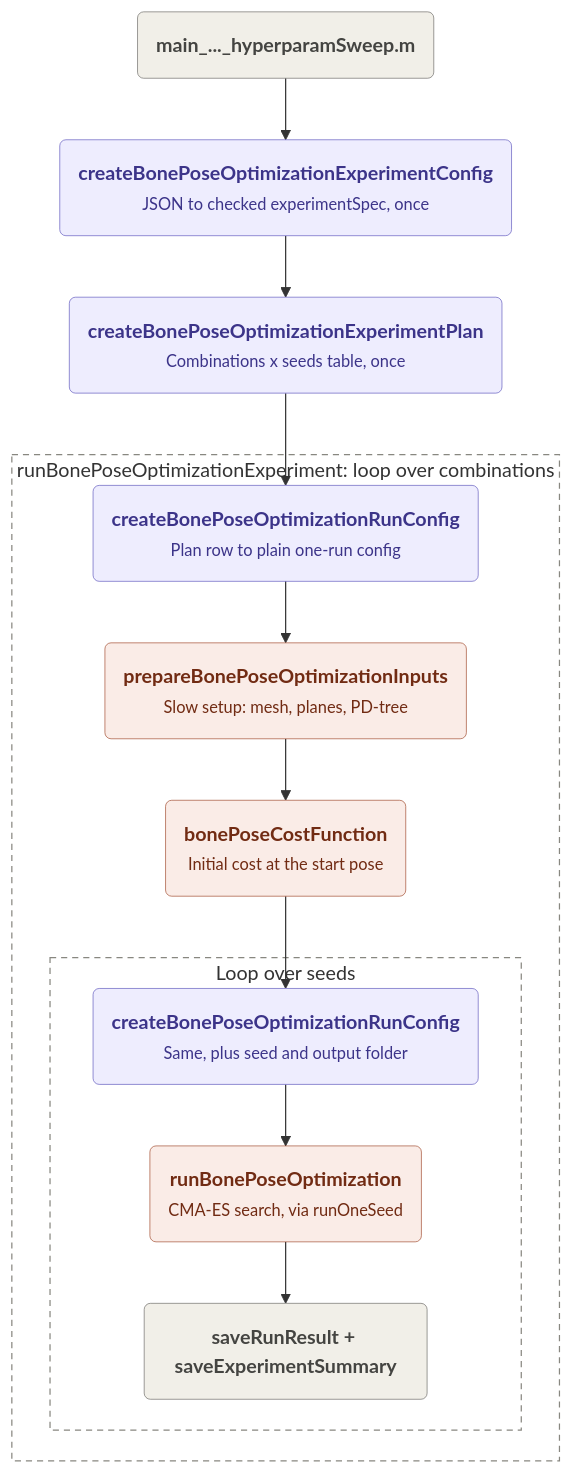
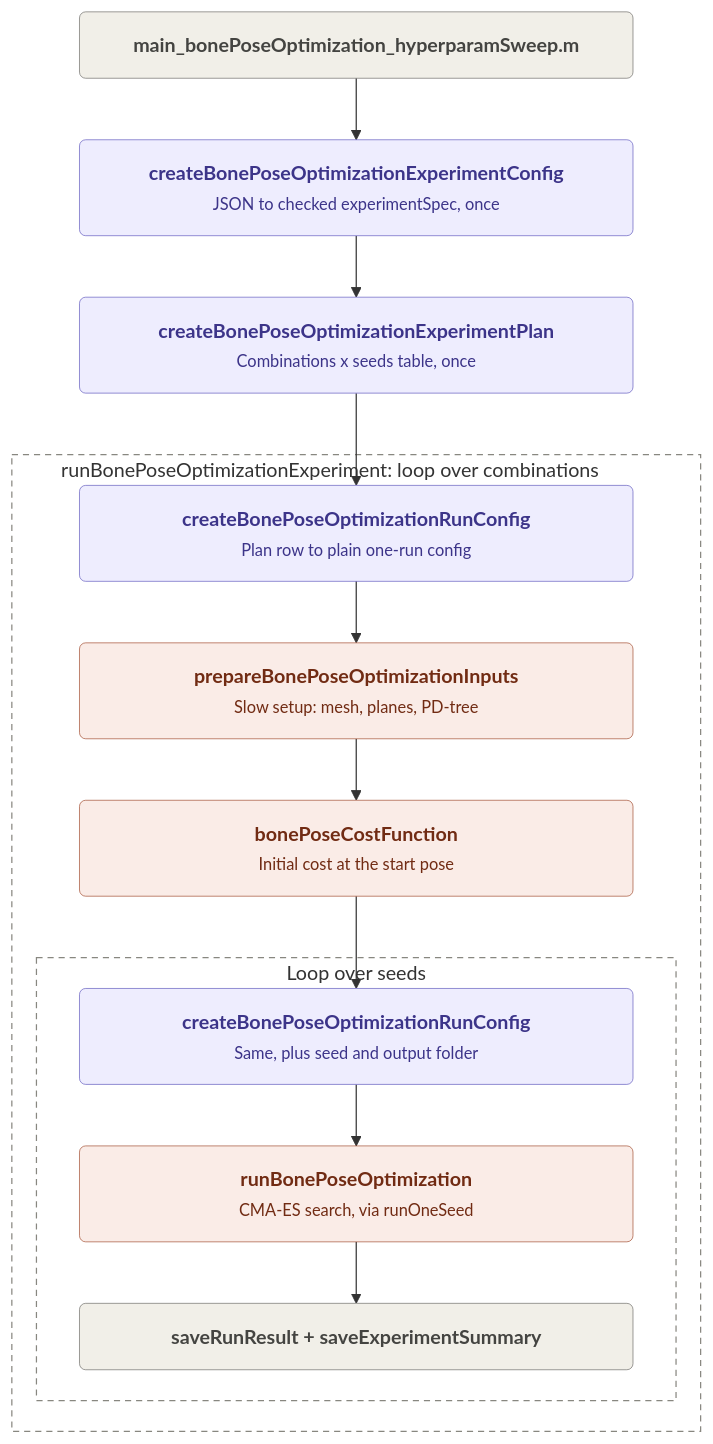
The first of 2 diagrams in docs/workflow.md (dacvm/UltrasoundBased2D3DBonePoseEstimation), drawn with Mermaid before and after one commit. The commit also changed other lines of this file, not shown here.

Commit message:
Widen the boxes in the workflow diagrams
Wrap each Mermaid label in a fixed-width span so the boxes are wide and
even, and the outer loop title is no longer cut off. Also spell out the
full sweep script name in the top box.

````diff
--- a/docs/workflow.md
+++ b/docs/workflow.md
@@ -13,26 +13,26 @@
 ```mermaid
 flowchart TD
     classDef config  fill:#EEEDFE,stroke:#534AB7,color:#3C3489,stroke-width:0.5px
     classDef compute fill:#FAECE7,stroke:#993C1D,color:#712B13,stroke-width:0.5px
     classDef book    fill:#F1EFE8,stroke:#5F5E5A,color:#444441,stroke-width:0.5px
 
-    A("<b>main_..._hyperparamSweep.m</b>"):::book
-    B("<b>createBonePoseOptimizationExperimentConfig</b><br/><small>JSON to checked experimentSpec, once</small>"):::config
-    C("<b>createBonePoseOptimizationExperimentPlan</b><br/><small>Combinations x seeds table, once</small>"):::config
+    A("<span style='display:inline-block;width:420px'><b>main_bonePoseOptimization_hyperparamSweep.m</b></span>"):::book
+    B("<span style='display:inline-block;width:420px'><b>createBonePoseOptimizationExperimentConfig</b><br/><small>JSON to checked experimentSpec, once</small></span>"):::config
+    C("<span style='display:inline-block;width:420px'><b>createBonePoseOptimizationExperimentPlan</b><br/><small>Combinations x seeds table, once</small></span>"):::config
 
-    subgraph combos ["runBonePoseOptimizationExperiment: loop over combinations"]
-        E("<b>createBonePoseOptimizationRunConfig</b><br/><small>Plan row to plain one-run config</small>"):::config
-        F("<b>prepareBonePoseOptimizationInputs</b><br/><small>Slow setup: mesh, planes, PD-tree</small>"):::compute
-        G("<b>bonePoseCostFunction</b><br/><small>Initial cost at the start pose</small>"):::compute
+    subgraph combos ["<span style='display:inline-block;width:480px'>runBonePoseOptimizationExperiment: loop over combinations</span>"]
+        E("<span style='display:inline-block;width:420px'><b>createBonePoseOptimizationRunConfig</b><br/><small>Plan row to plain one-run config</small></span>"):::config
+        F("<span style='display:inline-block;width:420px'><b>prepareBonePoseOptimizationInputs</b><br/><small>Slow setup: mesh, planes, PD-tree</small></span>"):::compute
+        G("<span style='display:inline-block;width:420px'><b>bonePoseCostFunction</b><br/><small>Initial cost at the start pose</small></span>"):::compute
         subgraph seeds ["Loop over seeds"]
-            H("<b>createBonePoseOptimizationRunConfig</b><br/><small>Same, plus seed and output folder</small>"):::config
-            I("<b>runBonePoseOptimization</b><br/><small>CMA-ES search, via runOneSeed</small>"):::compute
-            J("<b>saveRunResult + saveExperimentSummary</b>"):::book
+            H("<span style='display:inline-block;width:420px'><b>createBonePoseOptimizationRunConfig</b><br/><small>Same, plus seed and output folder</small></span>"):::config
+            I("<span style='display:inline-block;width:420px'><b>runBonePoseOptimization</b><br/><small>CMA-ES search, via runOneSeed</small></span>"):::compute
+            J("<span style='display:inline-block;width:420px'><b>saveRunResult + saveExperimentSummary</b></span>"):::book
         end
     end
 
     A --> B --> C --> E --> F --> G --> H --> I --> J
 
     style combos fill:none,stroke:#888780,stroke-dasharray:5 4
     style seeds  fill:none,stroke:#888780,stroke-dasharray:5 4
 ```
````
